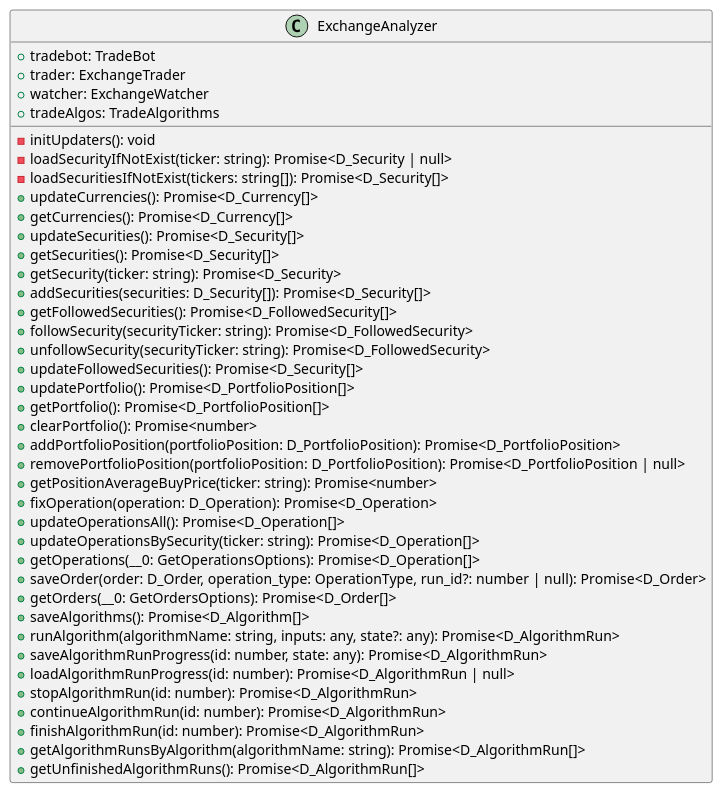
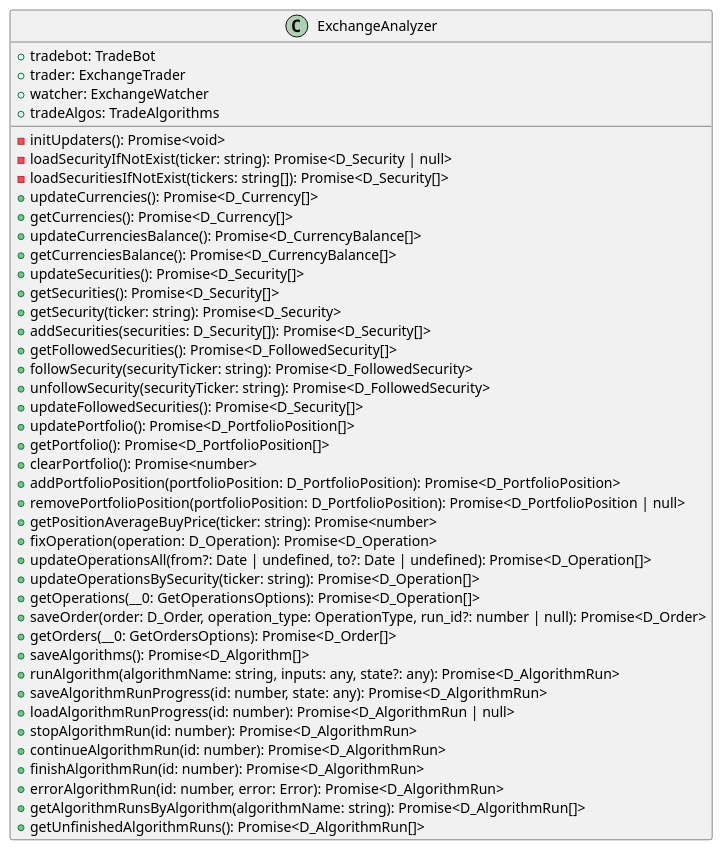
The diagram in docs/ExchangeAnalyzer.puml (d0rich/tradeb0t), drawn with PlantUML before and after one commit. The commit also changed 7 other files, not shown here.

Commit message:
Create diagrams

```diff
--- a/docs/ExchangeAnalyzer.puml
+++ b/docs/ExchangeAnalyzer.puml
@@ -1,42 +1,45 @@
 @startuml
 class ExchangeAnalyzer {
     +tradebot: TradeBot
     +trader: ExchangeTrader
     +watcher: ExchangeWatcher
     +tradeAlgos: TradeAlgorithms
-    -initUpdaters(): void
+    -initUpdaters(): Promise<void>
     -loadSecurityIfNotExist(ticker: string): Promise<D_Security | null>
     -loadSecuritiesIfNotExist(tickers: string[]): Promise<D_Security[]>
     +updateCurrencies(): Promise<D_Currency[]>
     +getCurrencies(): Promise<D_Currency[]>
+    +updateCurrenciesBalance(): Promise<D_CurrencyBalance[]>
+    +getCurrenciesBalance(): Promise<D_CurrencyBalance[]>
     +updateSecurities(): Promise<D_Security[]>
     +getSecurities(): Promise<D_Security[]>
     +getSecurity(ticker: string): Promise<D_Security>
     +addSecurities(securities: D_Security[]): Promise<D_Security[]>
     +getFollowedSecurities(): Promise<D_FollowedSecurity[]>
     +followSecurity(securityTicker: string): Promise<D_FollowedSecurity>
     +unfollowSecurity(securityTicker: string): Promise<D_FollowedSecurity>
     +updateFollowedSecurities(): Promise<D_Security[]>
     +updatePortfolio(): Promise<D_PortfolioPosition[]>
     +getPortfolio(): Promise<D_PortfolioPosition[]>
     +clearPortfolio(): Promise<number>
     +addPortfolioPosition(portfolioPosition: D_PortfolioPosition): Promise<D_PortfolioPosition>
     +removePortfolioPosition(portfolioPosition: D_PortfolioPosition): Promise<D_PortfolioPosition | null>
     +getPositionAverageBuyPrice(ticker: string): Promise<number>
     +fixOperation(operation: D_Operation): Promise<D_Operation>
-    +updateOperationsAll(): Promise<D_Operation[]>
+    +updateOperationsAll(from?: Date | undefined, to?: Date | undefined): Promise<D_Operation[]>
     +updateOperationsBySecurity(ticker: string): Promise<D_Operation[]>
     +getOperations(__0: GetOperationsOptions): Promise<D_Operation[]>
     +saveOrder(order: D_Order, operation_type: OperationType, run_id?: number | null): Promise<D_Order>
     +getOrders(__0: GetOrdersOptions): Promise<D_Order[]>
     +saveAlgorithms(): Promise<D_Algorithm[]>
     +runAlgorithm(algorithmName: string, inputs: any, state?: any): Promise<D_AlgorithmRun>
     +saveAlgorithmRunProgress(id: number, state: any): Promise<D_AlgorithmRun>
     +loadAlgorithmRunProgress(id: number): Promise<D_AlgorithmRun | null>
     +stopAlgorithmRun(id: number): Promise<D_AlgorithmRun>
     +continueAlgorithmRun(id: number): Promise<D_AlgorithmRun>
     +finishAlgorithmRun(id: number): Promise<D_AlgorithmRun>
+    +errorAlgorithmRun(id: number, error: Error): Promise<D_AlgorithmRun>
     +getAlgorithmRunsByAlgorithm(algorithmName: string): Promise<D_AlgorithmRun[]>
     +getUnfinishedAlgorithmRuns(): Promise<D_AlgorithmRun[]>
 }
 @enduml
```
